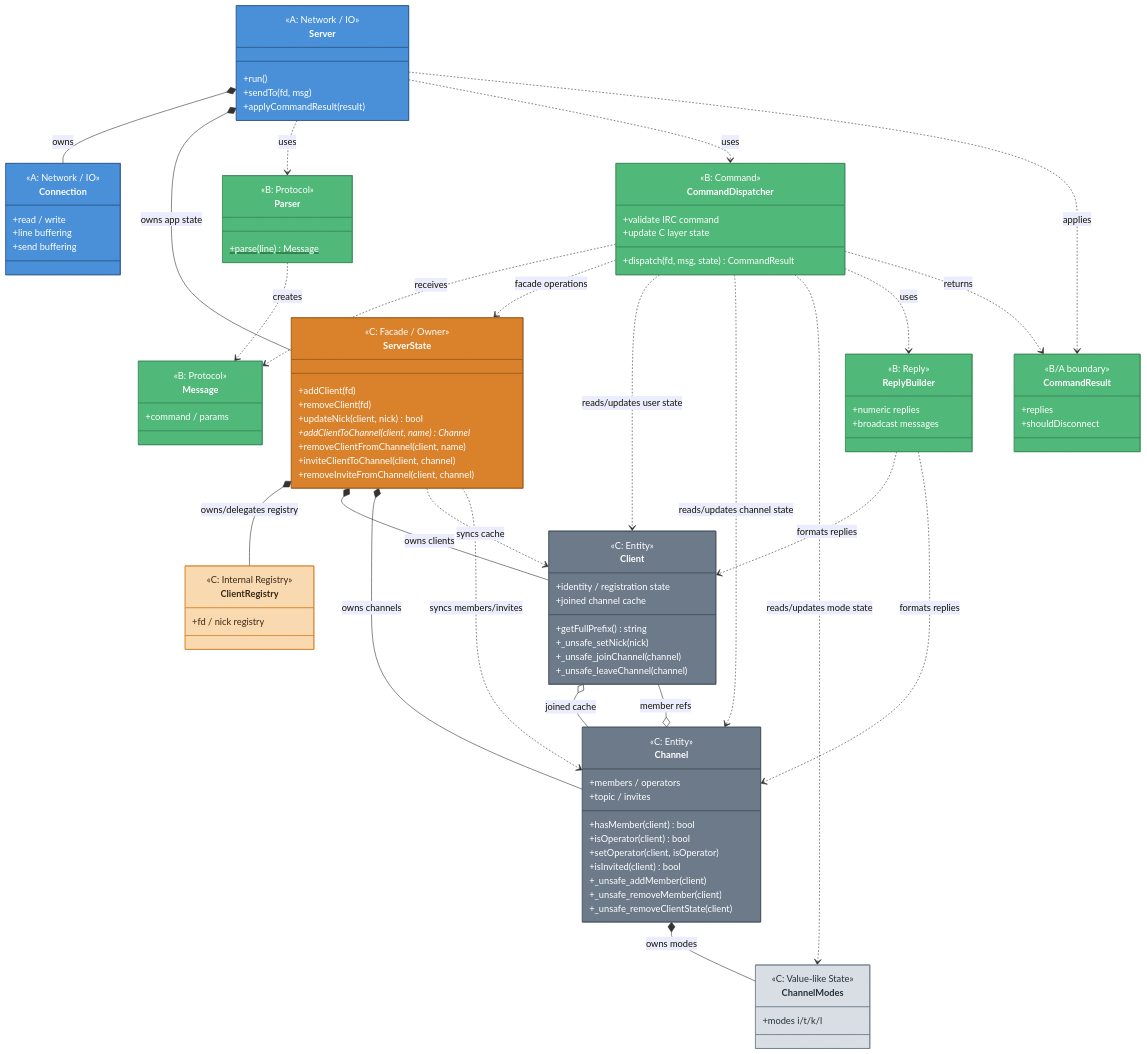
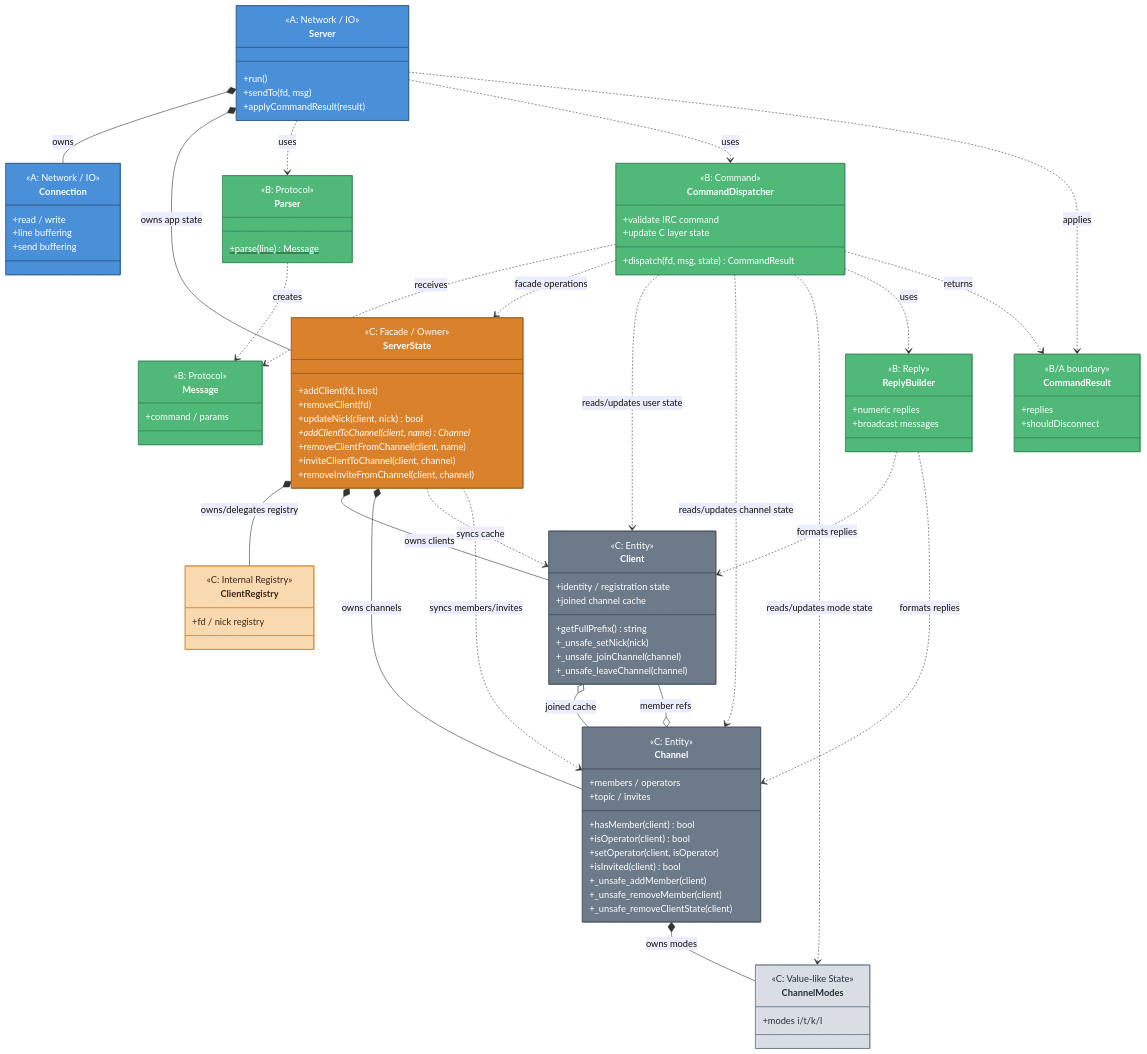
Before and after one commit to tototec1234/IRC: the diagram in dev_docs/diagrams/class_overview_diagram.md, drawn with Mermaid. The commit also changed other lines of this file and 6 other files, not shown here.

```diff
--- a/dev_docs/diagrams/class_overview_diagram.md
+++ b/dev_docs/diagrams/class_overview_diagram.md
@@ -106,7 +106,7 @@
     %% === C layer: facade / registry / entities ===
     class ServerState {
         <<C: Facade / Owner>>
-        +addClient(fd)
+        +addClient(fd, host)
         +removeClient(fd)
         +updateNick(client, nick) bool
         +addClientToChannel(client, name) Channel*
```
